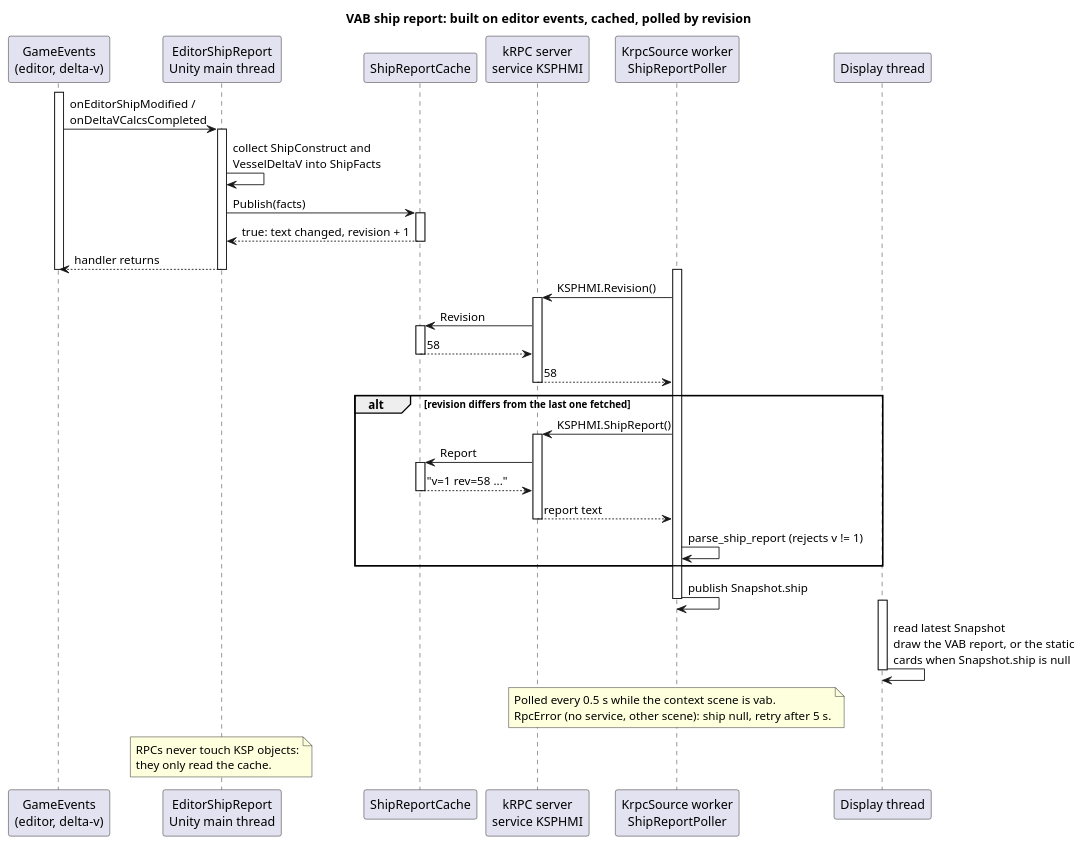
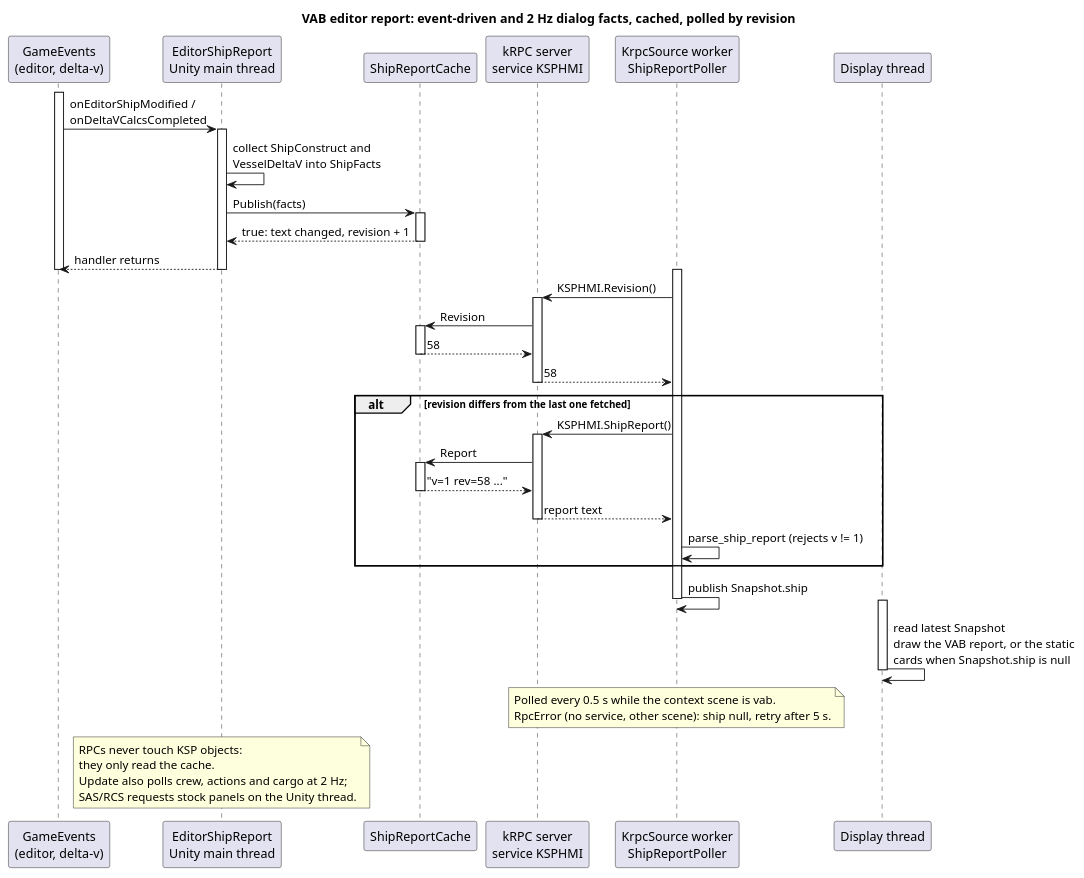
The diagram in docs/diagrams/seq_vab_report.puml (AlaNLrdE/KSPKontroller), drawn with PlantUML before and after one commit. The commit also changed 47 other files, not shown here.

```diff
--- a/docs/diagrams/seq_vab_report.puml
+++ b/docs/diagrams/seq_vab_report.puml
@@ -1,48 +1,48 @@
 @startuml seq_vab_report
-title VAB ship report: built on editor events, cached, polled by revision
+title VAB editor report: event-driven and 2 Hz dialog facts, cached, polled by revision
 skinparam sequenceMessageAlign left
 participant "GameEvents\n(editor, delta-v)" as Game
 participant "EditorShipReport\nUnity main thread" as Addon
 participant "ShipReportCache" as Cache
 participant "kRPC server\nservice KSPHMI" as Krpc
 participant "KrpcSource worker\nShipReportPoller" as HMI
 participant "Display thread" as UI
 activate Game
 Game -> Addon : onEditorShipModified /\nonDeltaVCalcsCompleted
 activate Addon
 Addon -> Addon : collect ShipConstruct and\nVesselDeltaV into ShipFacts
 Addon -> Cache : Publish(facts)
 activate Cache
 Cache --> Addon : true: text changed, revision + 1
 deactivate Cache
 Addon --> Game : handler returns
 deactivate Addon
 deactivate Game
 activate HMI
 HMI -> Krpc : KSPHMI.Revision()
 activate Krpc
 Krpc -> Cache : Revision
 activate Cache
 Cache --> Krpc : 58
 deactivate Cache
 Krpc --> HMI : 58
 deactivate Krpc
 alt revision differs from the last one fetched
   HMI -> Krpc : KSPHMI.ShipReport()
   activate Krpc
   Krpc -> Cache : Report
   activate Cache
   Cache --> Krpc : "v=1 rev=58 ..."
   deactivate Cache
   Krpc --> HMI : report text
   deactivate Krpc
   HMI -> HMI : parse_ship_report (rejects v != 1)
 end
 HMI -> HMI : publish Snapshot.ship
 deactivate HMI
 activate UI
 UI -> UI : read latest Snapshot\ndraw the VAB report, or the static\ncards when Snapshot.ship is null
 deactivate UI
 note over HMI : Polled every 0.5 s while the context scene is vab.\nRpcError (no service, other scene): ship null, retry after 5 s.
-note over Addon : RPCs never touch KSP objects:\nthey only read the cache.
+note over Addon : RPCs never touch KSP objects:\nthey only read the cache.\nUpdate also polls crew, actions and cargo at 2 Hz;\nSAS/RCS requests stock panels on the Unity thread.
 @enduml
```
